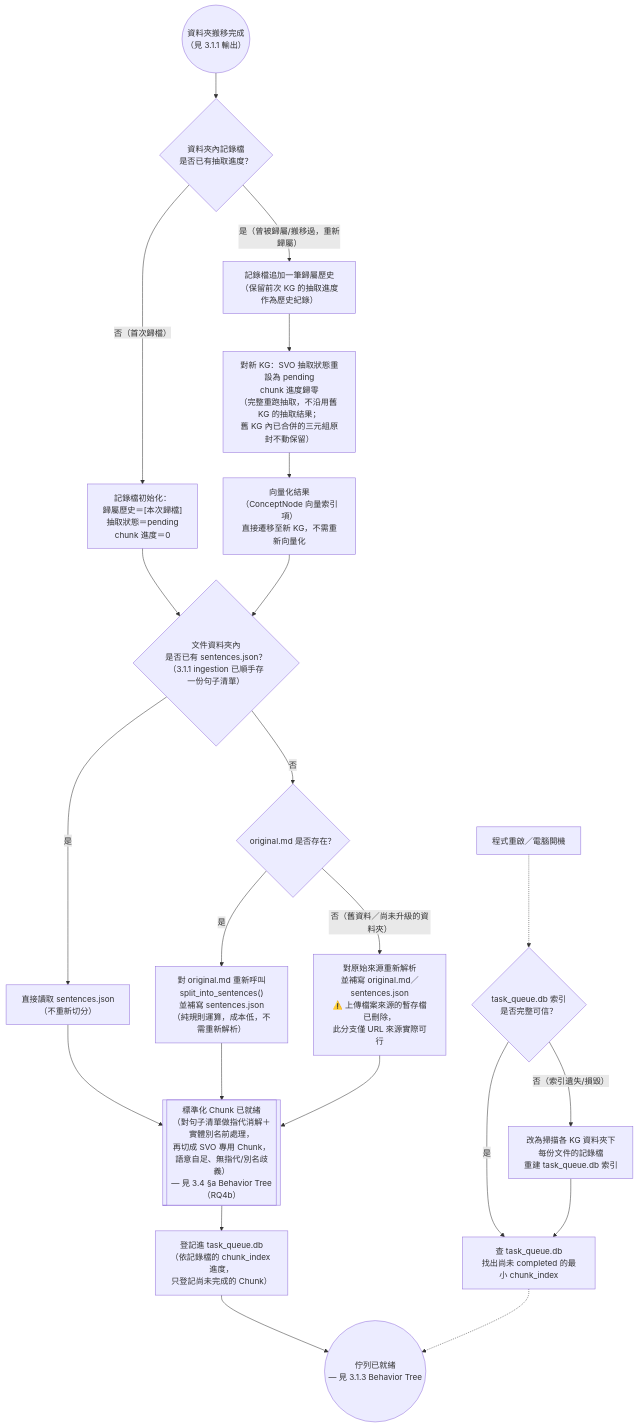
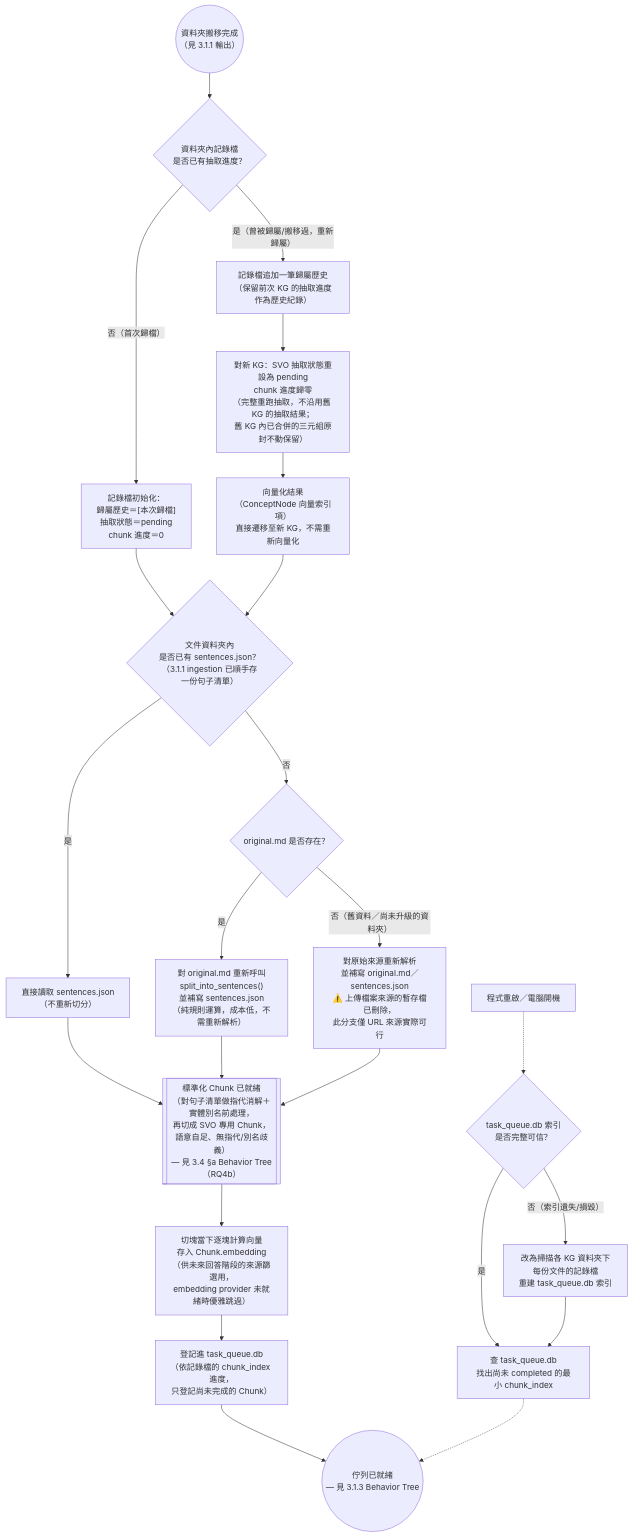
The fourth of 12 diagrams in docs/論文/03_系統設計與方法論.md (Chester930/world-knowledge-graph-rag), drawn with Mermaid before and after one commit. The commit also changed other lines of this file, not shown here.

Commit message:
docs(svo): 3.1.2 Behavior Tree 補上 EMBEDCHUNK 節點，圖上呈現切塊向量化步驟
先前只在文字註記中描述切塊向量化（embed_svo_chunks），流程圖本身
CHUNKREADY 直接跳到 ENQUEUE，沒有呈現向量化這個實際存在的步驟。

````diff
--- a/docs/論文/03_系統設計與方法論.md
+++ b/docs/論文/03_系統設計與方法論.md
@@ -166,29 +166,30 @@
 ```mermaid
 flowchart TD
     RECORD2(("資料夾搬移完成<br/>（見 3.1.1 輸出）")) --> HASRECORD{"資料夾內記錄檔<br/>是否已有抽取進度？"}
     HASRECORD -->|"否（首次歸檔）"| INITREC["記錄檔初始化：<br/>歸屬歷史＝[本次歸檔]<br/>抽取狀態＝pending<br/>chunk 進度＝0"]
     HASRECORD -->|"是（曾被歸屬/搬移過，重新歸屬）"| APPENDREC["記錄檔追加一筆歸屬歷史<br/>（保留前次 KG 的抽取進度作為歷史紀錄）"]
     APPENDREC --> RESETEXTRACT["對新 KG：SVO 抽取狀態重設為 pending<br/>chunk 進度歸零<br/>（完整重跑抽取，不沿用舊 KG 的抽取結果；<br/>舊 KG 內已合併的三元組原封不動保留）"]
     RESETEXTRACT --> MIGRATEVEC["向量化結果（ConceptNode 向量索引項）<br/>直接遷移至新 KG，不需重新向量化"]
 
     INITREC --> GETSENT
     MIGRATEVEC --> GETSENT
 
     GETSENT{"文件資料夾內<br/>是否已有 sentences.json？<br/>（3.1.1 ingestion 已順手存一份句子清單）"}
     GETSENT -->|是| READSENT["直接讀取 sentences.json<br/>（不重新切分）"]
     GETSENT -->|否| CHECKORIG{"original.md 是否存在？"}
     CHECKORIG -->|是| RESPLIT["對 original.md 重新呼叫<br/>split_into_sentences()<br/>並補寫 sentences.json<br/>（純規則運算，成本低，不需重新解析）"]
     CHECKORIG -->|"否（舊資料／尚未升級的資料夾）"| REPARSE["對原始來源重新解析<br/>並補寫 original.md／sentences.json<br/>⚠️ 上傳檔案來源的暫存檔已刪除，<br/>此分支僅 URL 來源實際可行"]
     READSENT --> CHUNKREADY
     RESPLIT --> CHUNKREADY
     REPARSE --> CHUNKREADY
 
-    CHUNKREADY[["標準化 Chunk 已就緒<br/>（對句子清單做指代消解＋實體別名前處理，<br/>再切成 SVO 專用 Chunk，語意自足、無指代/別名歧義）<br/>— 見 3.4 §a Behavior Tree（RQ4b）"]] --> ENQUEUE["登記進 task_queue.db<br/>（依記錄檔的 chunk_index 進度，<br/>只登記尚未完成的 Chunk）"]
+    CHUNKREADY[["標準化 Chunk 已就緒<br/>（對句子清單做指代消解＋實體別名前處理，<br/>再切成 SVO 專用 Chunk，語意自足、無指代/別名歧義）<br/>— 見 3.4 §a Behavior Tree（RQ4b）"]] --> EMBEDCHUNK["切塊當下逐塊計算向量<br/>存入 Chunk.embedding<br/>（供未來回答階段的來源篩選用，<br/>embedding provider 未就緒時優雅跳過）"]
+    EMBEDCHUNK --> ENQUEUE["登記進 task_queue.db<br/>（依記錄檔的 chunk_index 進度，<br/>只登記尚未完成的 Chunk）"]
     ENQUEUE --> READY(("佇列已就緒<br/>— 見 3.1.3 Behavior Tree"))
 
     RESTART["程式重啟／電腦開機"] -.-> TRUST{"task_queue.db 索引<br/>是否完整可信？"}
     TRUST -->|是| SCAN["查 task_queue.db<br/>找出尚未 completed 的最小 chunk_index"]
     TRUST -->|"否（索引遺失/損毀）"| REBUILD["改為掃描各 KG 資料夾下<br/>每份文件的記錄檔<br/>重建 task_queue.db 索引"]
     REBUILD --> SCAN
     SCAN -.-> READY
 ```
````
